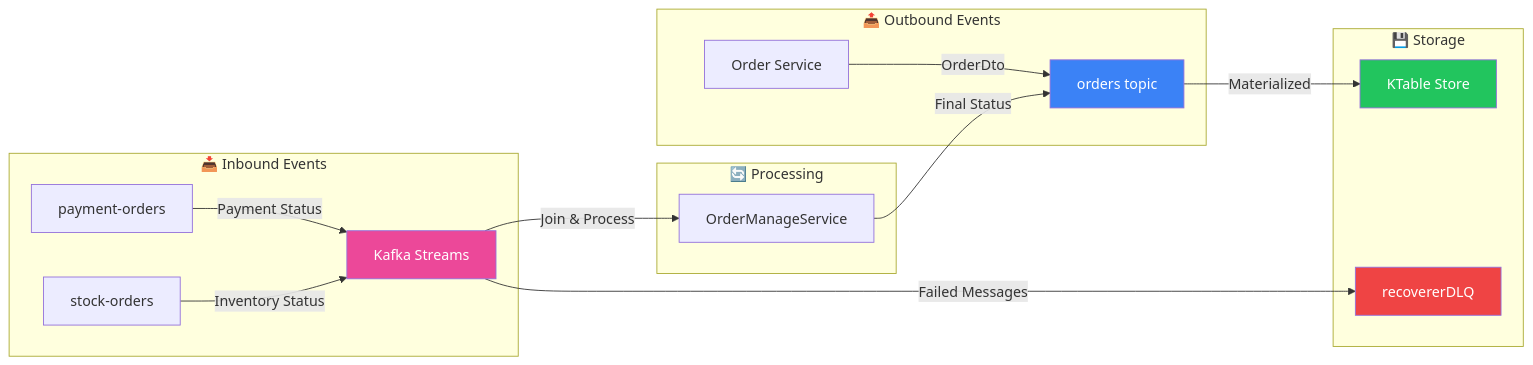
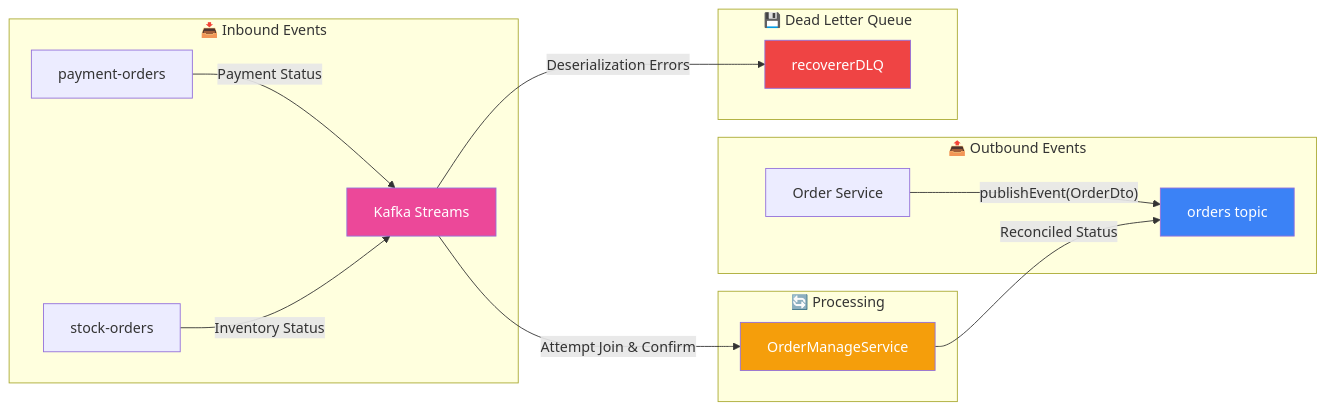
The third of 3 diagrams in order-service/docs/01-Event-Driven-Architecture-Deep-Dive.md (rajadilipkolli/spring-boot-microservices-series-v2), drawn with Mermaid before and after one commit. The commit also changed other lines of this file and 51 other files, not shown here.

````diff
--- a/order-service/docs/01-Event-Driven-Architecture-Deep-Dive.md
+++ b/order-service/docs/01-Event-Driven-Architecture-Deep-Dive.md
@@ -221,26 +244,25 @@
 ```mermaid
 graph LR
     subgraph "📤 Outbound Events"
-        OS[Order Service] --> |"OrderDto"| OT[orders topic]
+        OS[Order Service] --> |"publishEvent(OrderDto)"| OT[orders topic]
     end
     
     subgraph "📥 Inbound Events"
         POT[payment-orders] --> |"Payment Status"| KS[Kafka Streams]
         SOT[stock-orders] --> |"Inventory Status"| KS
     end
     
     subgraph "🔄 Processing"
-        KS --> |"Join & Process"| OMS[OrderManageService]
-        OMS --> |"Final Status"| OT
+        KS --> |"Attempt Join & Confirm"| OMS[OrderManageService]
+        OMS --> |"Reconciled Status"| OT
     end
     
-    subgraph "💾 Storage"
-        OT --> |"Materialized"| KT[KTable Store]
-        KS --> |"Failed Messages"| DLQ[recovererDLQ]
+    subgraph "💾 Dead Letter Queue"
+        KS --> |"Deserialization Errors"| DLQ[recovererDLQ]
     end
     
     style OT fill:#3b82f6,color:#ffffff
     style KS fill:#ec4899,color:#ffffff
-    style KT fill:#22c55e,color:#ffffff
+    style OMS fill:#f59e0b,color:#ffffff
     style DLQ fill:#ef4444,color:#ffffff
 ```
````
